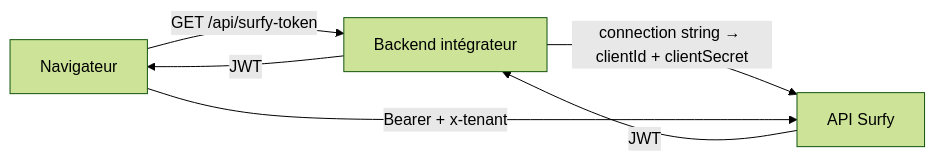
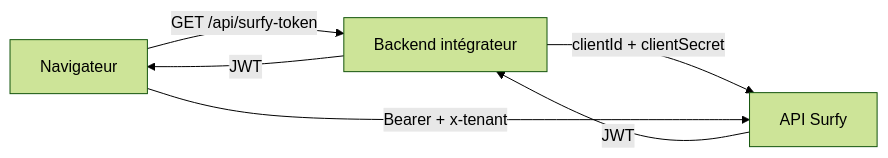
Before and after one commit to surfypro/surfy-help: the diagram in entities/sdk/authentication.md, drawn with Mermaid (forest theme). The commit also changed other lines of this file and 15 other files, not shown here.

````diff
--- a/entities/sdk/authentication.md
+++ b/entities/sdk/authentication.md
@@ -12,12 +14,12 @@
 ```mermaid
 flowchart LR
   Browser["Navigateur"]
   Backend["Backend intégrateur"]
   Surfy["API Surfy"]
 
   Browser -->|"GET /api/surfy-token"| Backend
-  Backend -->|"connection string → clientId + clientSecret"| Surfy
+  Backend -->|"clientId + clientSecret"| Surfy
   Surfy -->|"JWT"| Backend
   Backend -->|"JWT"| Browser
   Browser -->|"Bearer + x-tenant"| Surfy
 ```
````
